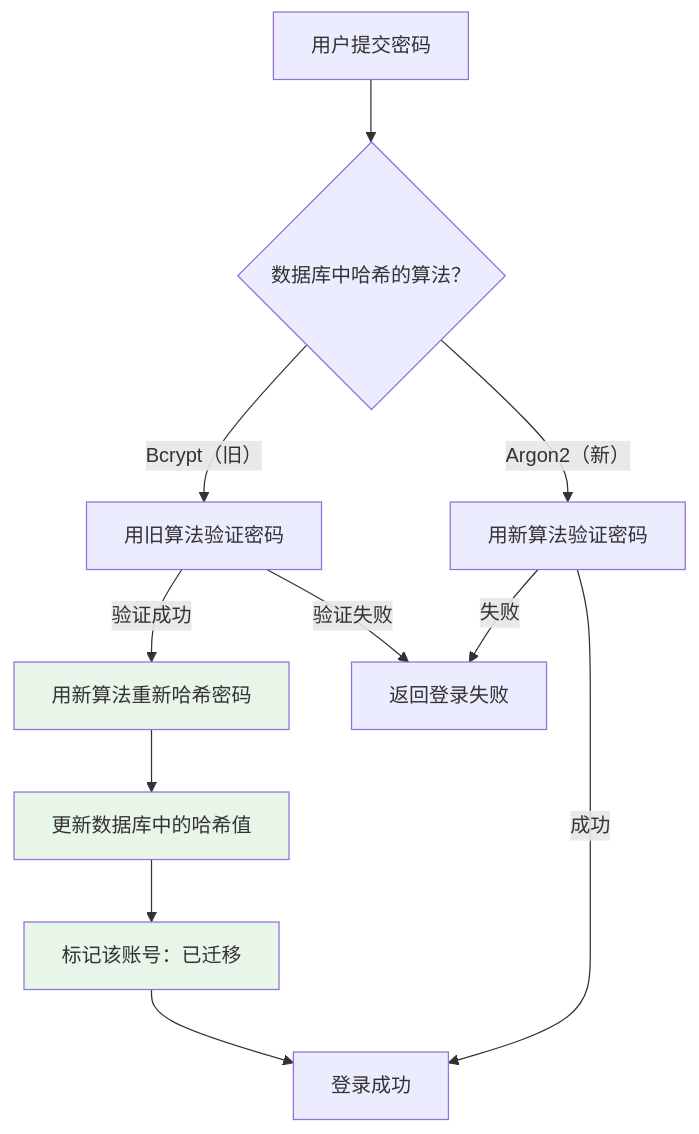
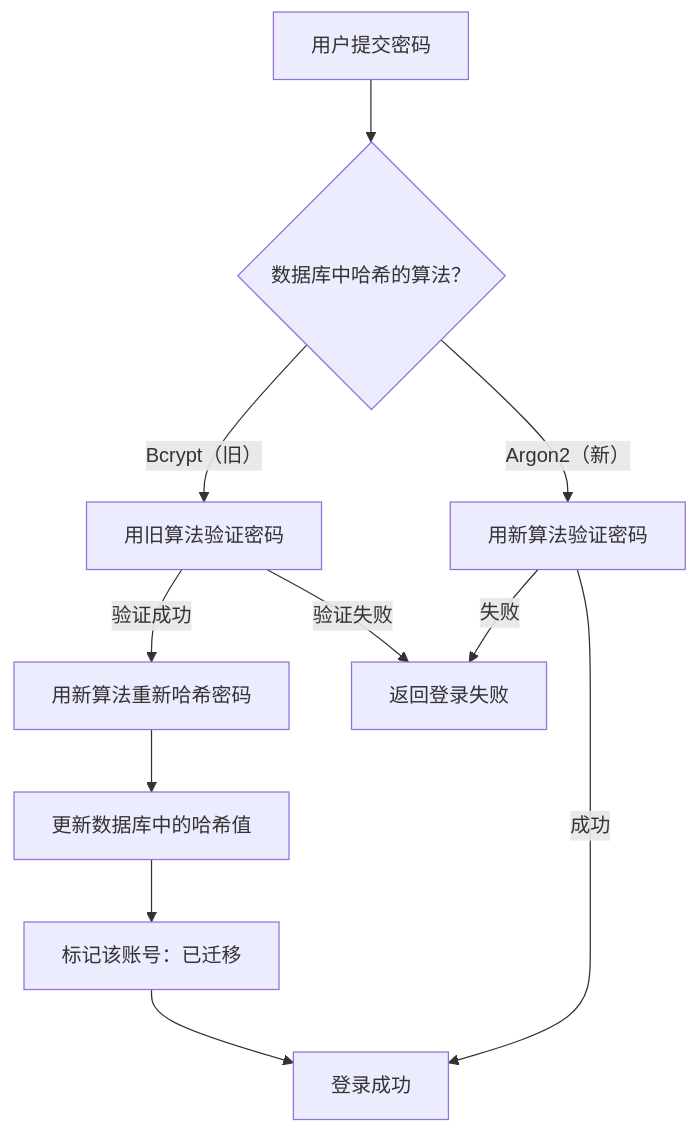
One commit to luohuidong/auth-tutorial changed the fifth of 5 diagrams in docs/password-security.md. Above: the diagram before and after it, drawn with Mermaid. The commit also changed other lines of this file and 8 other files, not shown here.

First line of the commit message:
docs: 移除 mermaid 图表硬编码颜色以兼容 light/dark theme

````diff
--- a/docs/password-security.md
+++ b/docs/password-security.md
@@ -523,17 +518,14 @@
 ```mermaid
 flowchart TD
     A["用户提交密码"] --> B{"数据库中哈希的算法？"}
     B -->|"Bcrypt（旧）"| C["用旧算法验证密码"]
     C -->|"验证成功"| D["用新算法重新哈希密码"]
     D --> E["更新数据库中的哈希值"]
     E --> F["标记该账号：已迁移"]
     F --> G["登录成功"]
     C -->|"验证失败"| H["返回登录失败"]
     B -->|"Argon2（新）"| I["用新算法验证密码"]
     I -->|"成功"| G
     I -->|"失败"| H
 
-    style D fill:#e8f5e9
-    style E fill:#e8f5e9
-    style F fill:#e8f5e9
 ```
````
